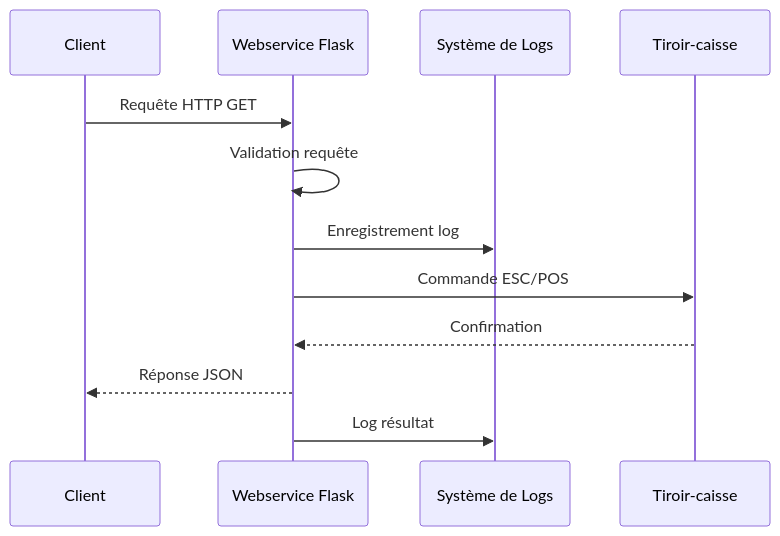
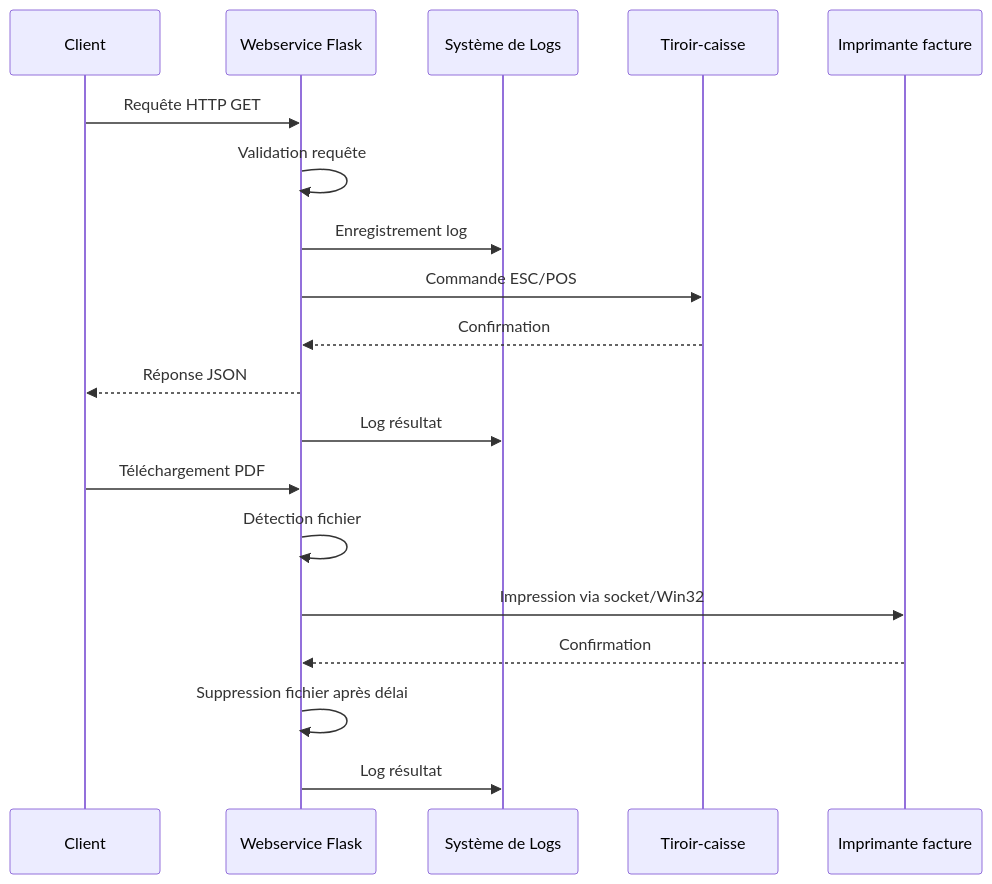
One commit to SICALAIT/odoo_pos_cashdrawer_webservice changed the fourth of 4 diagrams in SPECS.md. Above: the diagram before and after it, drawn with Mermaid. The commit also changed other lines of this file and 1 other file, not shown here.

Commit message:
Mise à jour de la documentation : ajout de l'emplacement du fichier de configuration, des options d'impression automatique des factures PDF, et d'une interface de configuration web sécurisée.

````diff
--- a/SPECS.md
+++ b/SPECS.md
@@ -149,15 +226,23 @@
 ```mermaid
 sequenceDiagram
     participant C as Client
     participant W as Webservice Flask
     participant L as Système de Logs
     participant T as Tiroir-caisse
+    participant P as Imprimante facture
 
     C->>W: Requête HTTP GET
     W->>W: Validation requête
     W->>L: Enregistrement log
     W->>T: Commande ESC/POS
     T-->>W: Confirmation
     W-->>C: Réponse JSON
     W->>L: Log résultat
+
+    C->>W: Téléchargement PDF
+    W->>W: Détection fichier
+    W->>P: Impression via socket/Win32
+    P-->>W: Confirmation
+    W->>W: Suppression fichier après délai
+    W->>L: Log résultat
 ```
````
